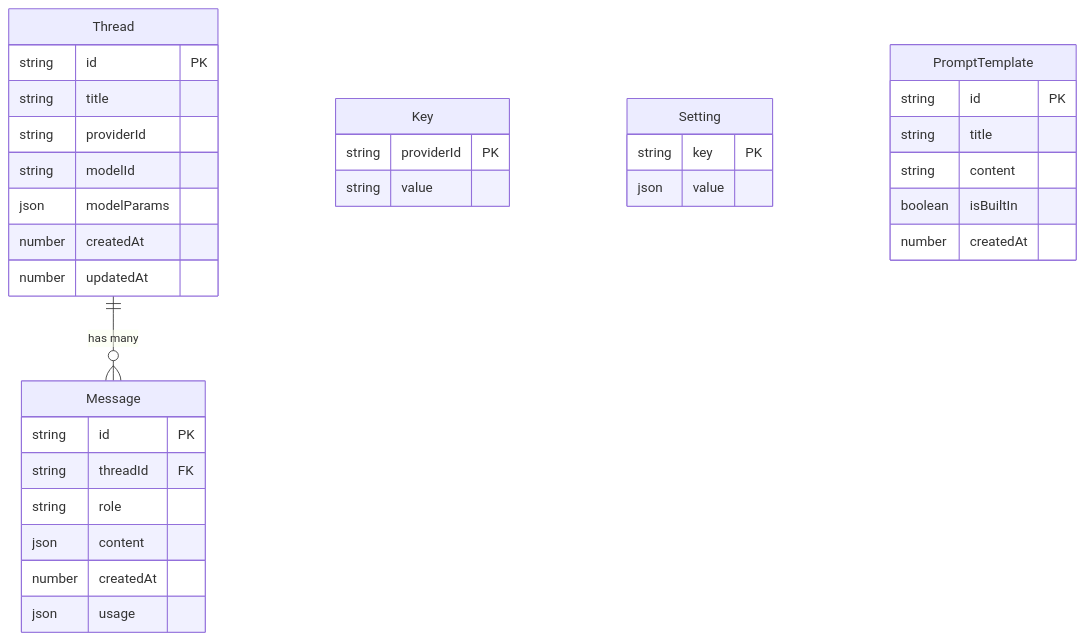
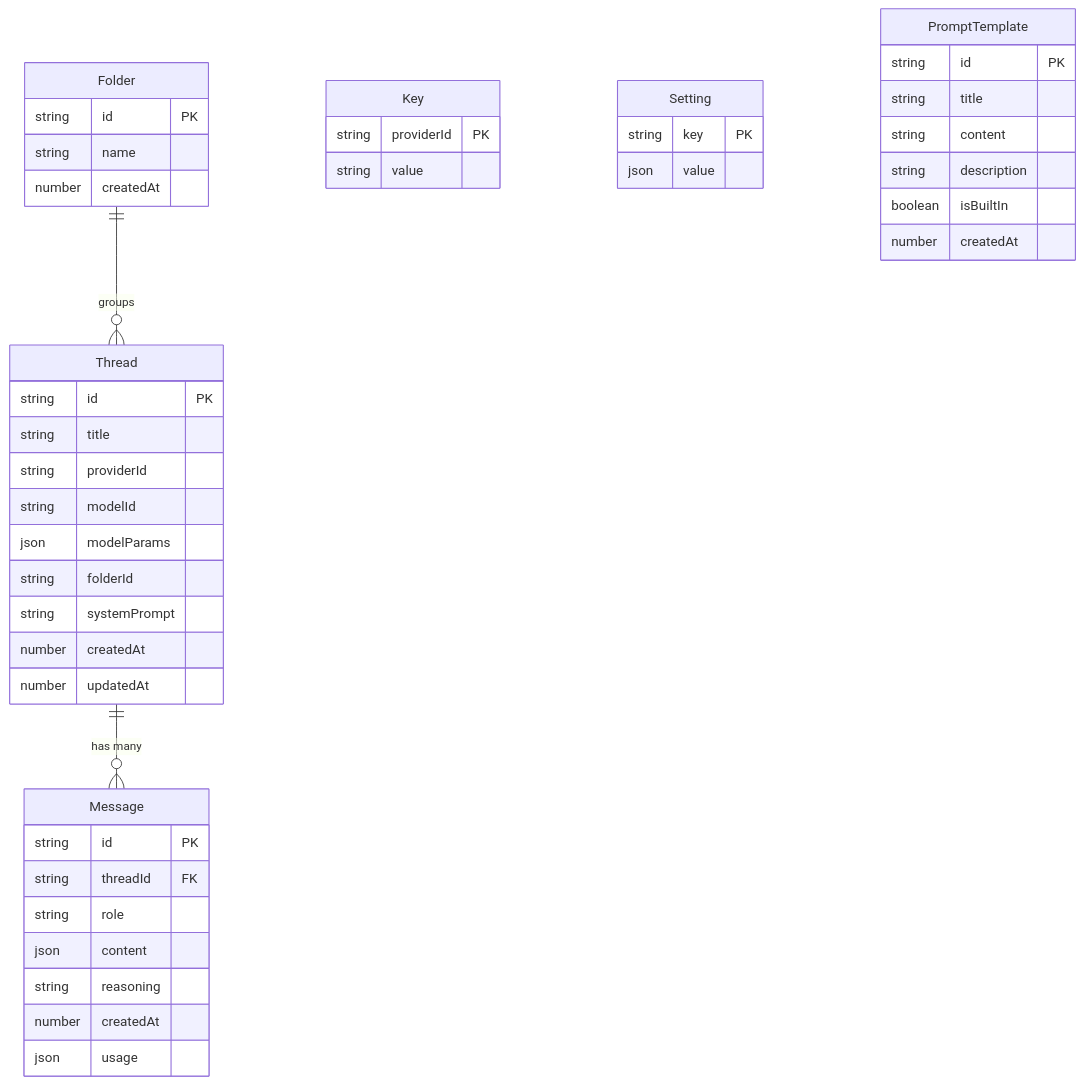
Before and after one commit to RJTPP/htllm: the diagram in docs/sdd/11-data-design.md, drawn with Mermaid. The commit also changed other lines of this file and 14 other files, not shown here.

Commit message:
doc: update software design documentation with new architectural decisions, performance optimizations, and resolved project milestones.

````diff
--- a/docs/sdd/11-data-design.md
+++ b/docs/sdd/11-data-design.md
@@ -5,36 +5,46 @@
 ```mermaid
 erDiagram
+    Folder ||--o{ Thread : "groups"
     Thread ||--o{ Message : "has many"
     Thread {
         string id PK
         string title
         string providerId
         string modelId
         json modelParams
+        string folderId
+        string systemPrompt
         number createdAt
         number updatedAt
     }
     Message {
         string id PK
         string threadId FK
         string role
         json content
+        string reasoning
         number createdAt
         json usage
+    }
+    Folder {
+        string id PK
+        string name
+        number createdAt
     }
     Key {
         string providerId PK
         string value
     }
     Setting {
         string key PK
         json value
     }
     PromptTemplate {
         string id PK
         string title
         string content
+        string description
         boolean isBuiltIn
         number createdAt
     }
 ```
````
